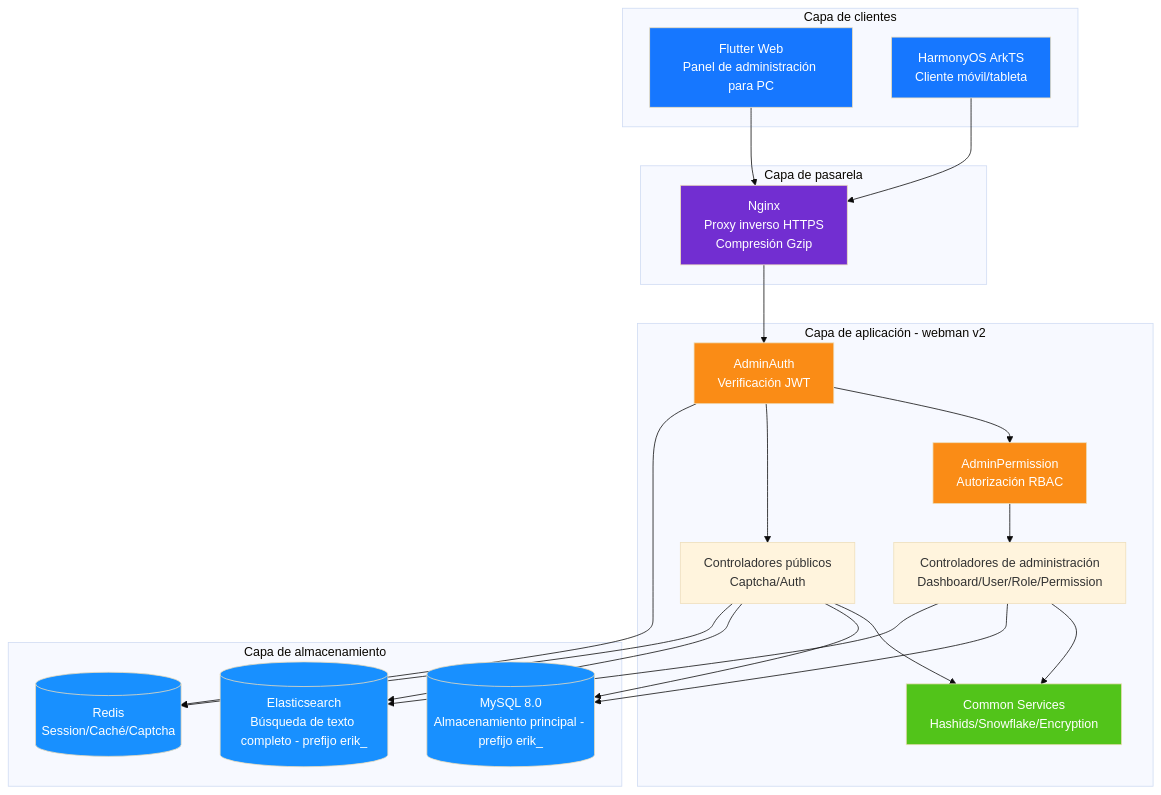
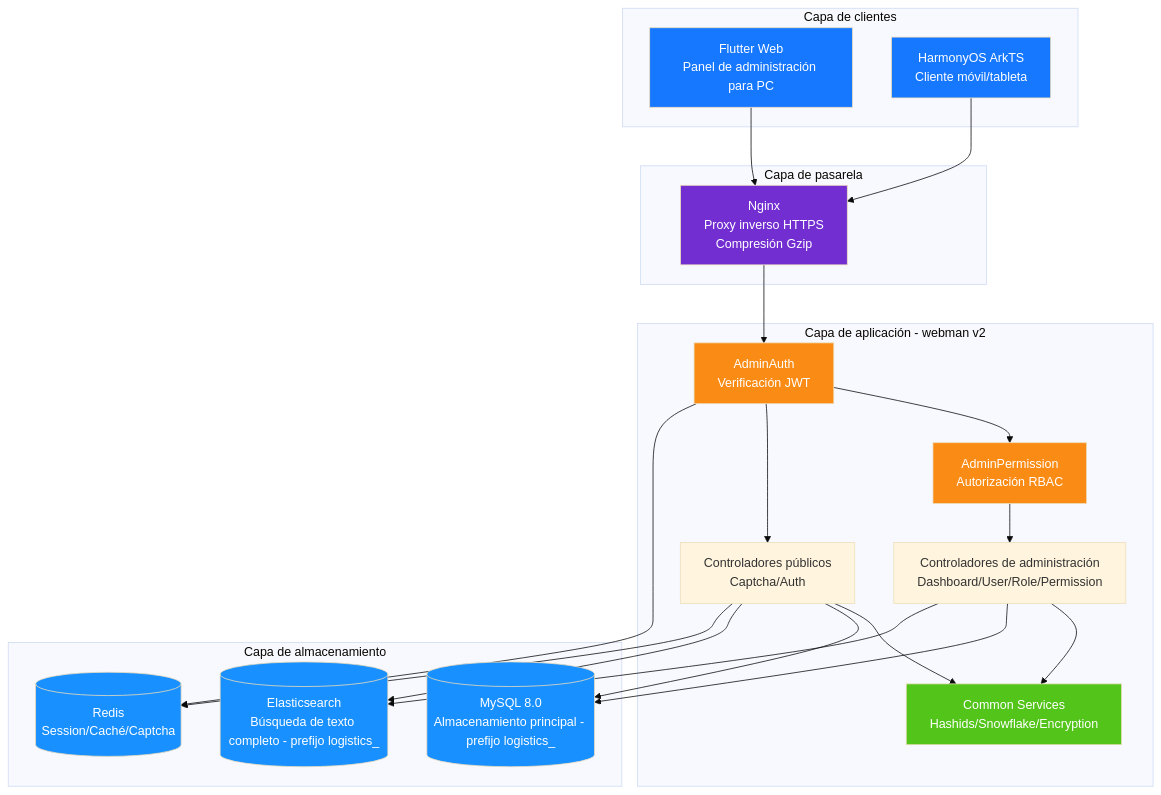
The diagram in admin/docs/diagrams/01-system-architecture.es.md (erikwang2013/integrated-global-logistics), drawn with Mermaid (base theme) before and after one commit. The commit also changed 211 other files, not shown here.

````diff
--- a/admin/docs/diagrams/01-system-architecture.es.md
+++ b/admin/docs/diagrams/01-system-architecture.es.md
@@ -7,50 +7,50 @@
 ```mermaid
 flowchart TB
     subgraph clients["Capa de clientes"]
         flutter["Flutter Web<br/>Panel de administración para PC"]
         harmony["HarmonyOS ArkTS<br/>Cliente móvil/tableta"]
     end
 
     subgraph gateway["Capa de pasarela"]
         nginx["Nginx<br/>Proxy inverso HTTPS<br/>Compresión Gzip"]
     end
 
     subgraph app["Capa de aplicación - webman v2"]
         auth["AdminAuth<br/>Verificación JWT"]
         perm["AdminPermission<br/>Autorización RBAC"]
         admin["Controladores de administración<br/>Dashboard/User/Role/Permission"]
         public["Controladores públicos<br/>Captcha/Auth"]
         common["Common Services<br/>Hashids/Snowflake/Encryption"]
     end
 
     subgraph storage["Capa de almacenamiento"]
-        mysql[("MySQL 8.0<br/>Almacenamiento principal - prefijo erik_")]
-        es[("Elasticsearch<br/>Búsqueda de texto completo - prefijo erik_")]
+        mysql[("MySQL 8.0<br/>Almacenamiento principal - prefijo logistics_")]
+        es[("Elasticsearch<br/>Búsqueda de texto completo - prefijo logistics_")]
         redis[("Redis<br/>Session/Caché/Captcha")]
     end
 
     flutter --> nginx
     harmony --> nginx
     nginx --> auth
     auth --> perm
     perm --> admin
     auth --> public
     admin --> common
     public --> common
     admin --> mysql
     public --> mysql
     admin --> es
     public --> es
     auth --> redis
     public --> redis
 
     style flutter fill:#1677FF,color:#fff
     style harmony fill:#1677FF,color:#fff
     style nginx fill:#722ED1,color:#fff
     style auth fill:#FA8C16,color:#fff
     style perm fill:#FA8C16,color:#fff
     style common fill:#52C41A,color:#fff
     style mysql fill:#1890FF,color:#fff
     style es fill:#1890FF,color:#fff
     style redis fill:#1890FF,color:#fff
 ```
````
